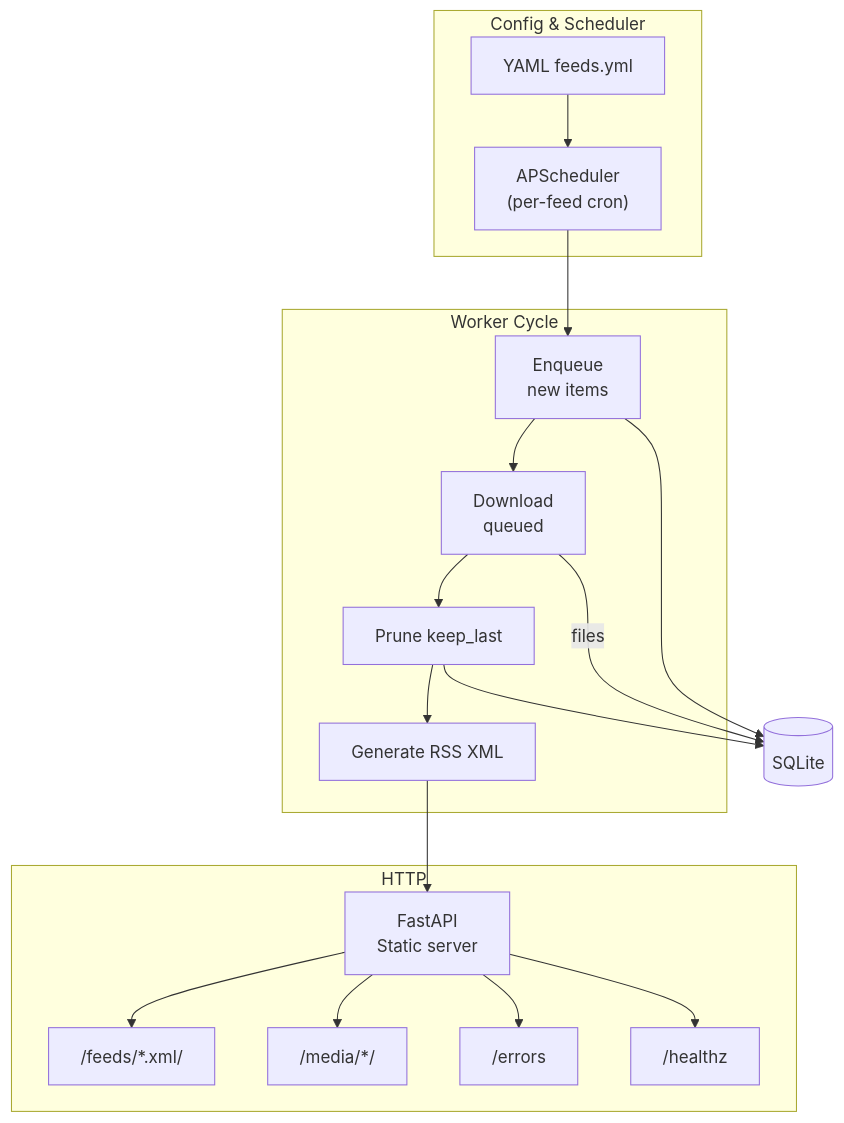
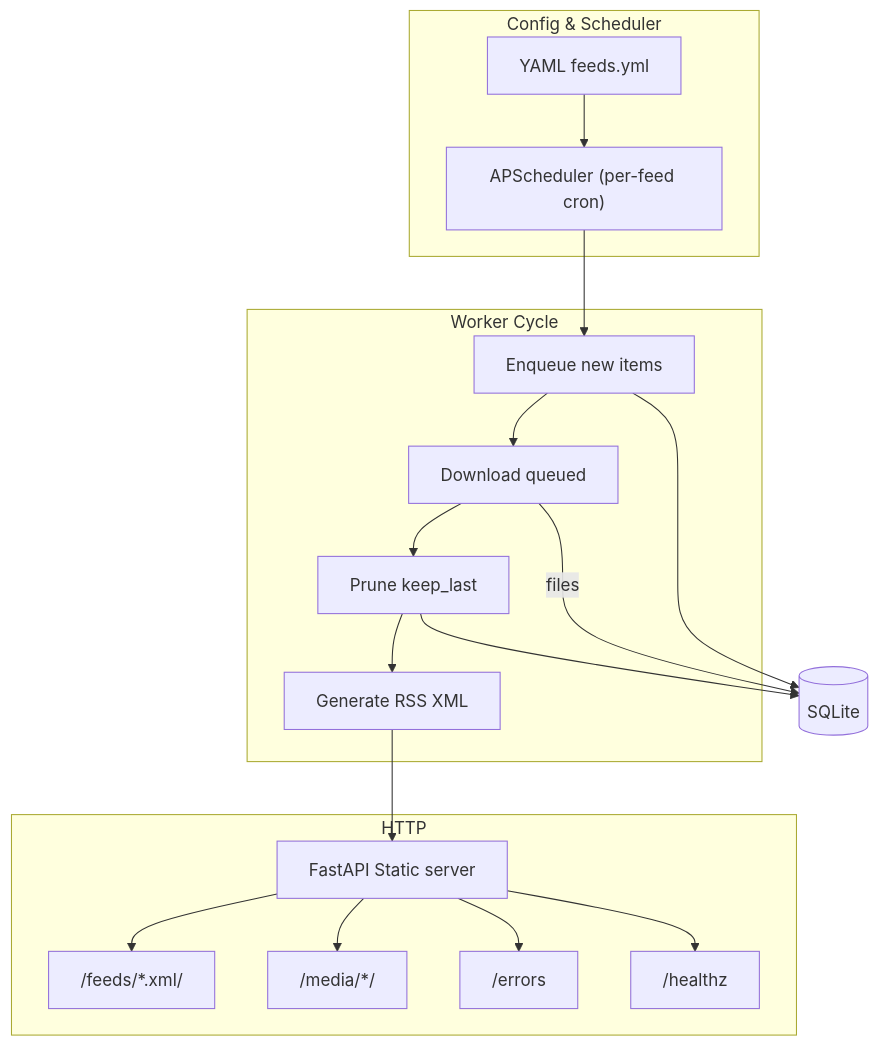
One commit to thurstonsand/anypod changed the first of 2 diagrams in DESIGN_DOC.md. Above: the diagram before and after it, drawn with Mermaid. The commit also changed other lines of this file and 8 other files, not shown here.

````diff
--- a/DESIGN_DOC.md
+++ b/DESIGN_DOC.md
@@ -21,27 +21,27 @@
 ```mermaid
 graph TD
   subgraph Config & Scheduler
     A["YAML feeds.yml"]
-    B["APScheduler\n(per-feed cron)"]
+    B["APScheduler (per-feed cron)"]
     A --> B
   end
 
   subgraph Worker Cycle
-    B --> C["Enqueue\nnew items"]
-    C --> D["Download\nqueued"]
+    B --> C["Enqueue new items"]
+    C --> D["Download queued"]
     D --> E["Prune keep_last"]
     E --> F["Generate RSS XML"]
   end
 
-  F --> G["FastAPI\nStatic server"]
+  F --> G["FastAPI Static server"]
   D -->|files| H[(SQLite)]
   C --> H
   E --> H
 
   subgraph HTTP
     G --> I["/feeds/*.xml/"]
     G --> J["/media/*/"]
     G --> K["/errors"]
     G --> L["/healthz"]
   end
 ```
````
